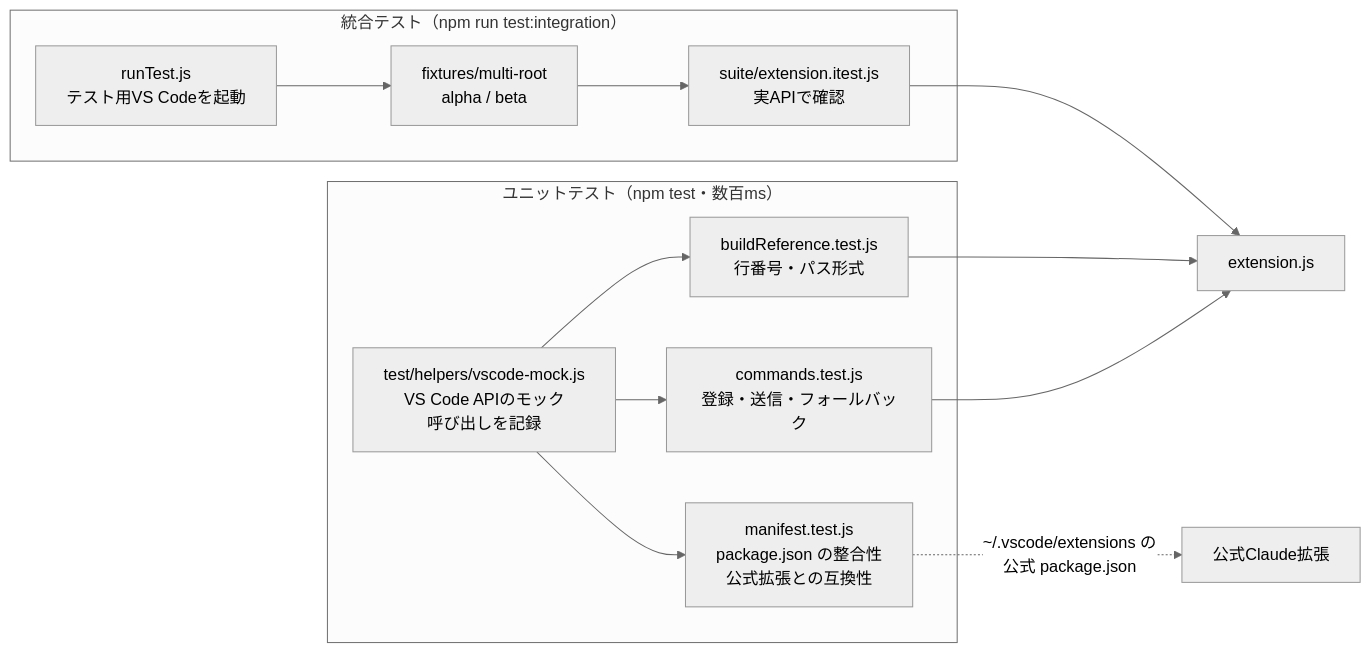
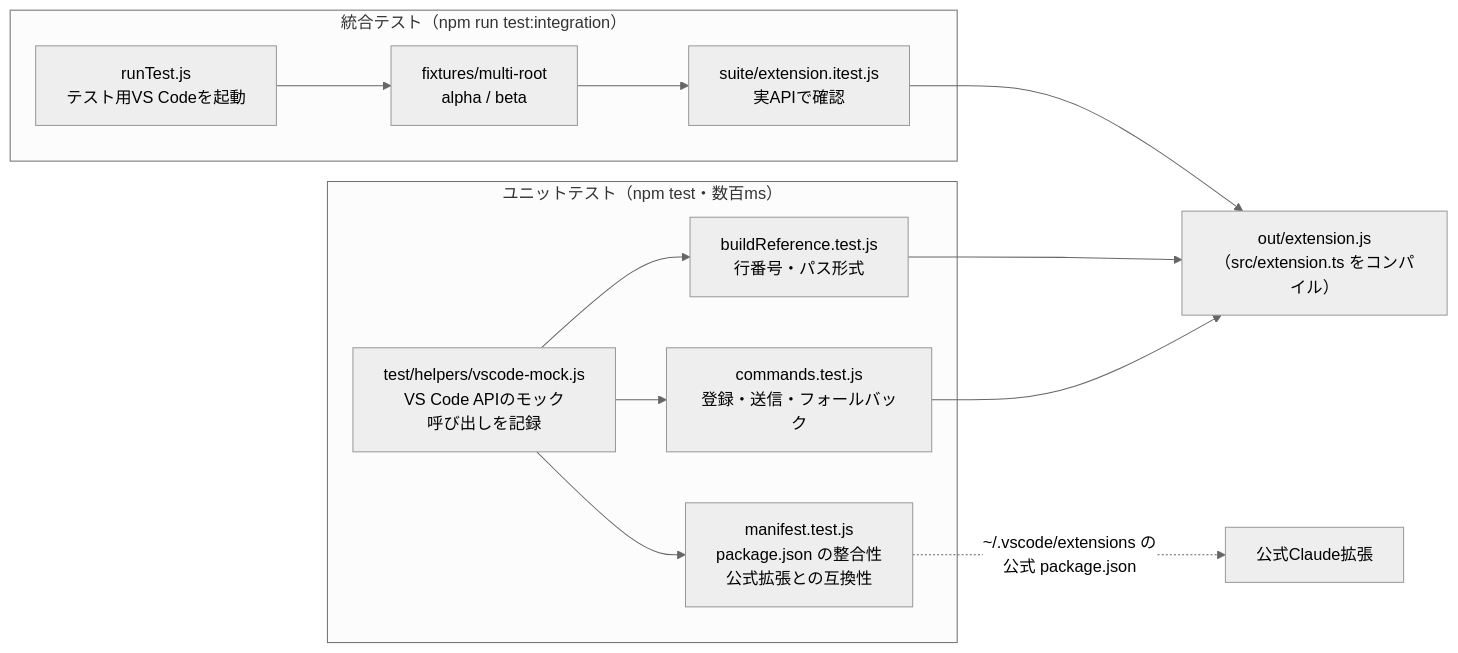
Before and after one commit to kip2/refs-to-chat: the sixth of 6 diagrams in docs/ARCHITECTURE.md, drawn with Mermaid (neutral theme). The commit also changed other lines of this file and 12 other files, not shown here.

````diff
--- a/docs/ARCHITECTURE.md
+++ b/docs/ARCHITECTURE.md
@@ -228,20 +236,20 @@
 ```mermaid
 flowchart LR
   subgraph Unit["ユニットテスト（npm test・数百ms）"]
     M["test/helpers/vscode-mock.js<br/>VS Code APIのモック<br/>呼び出しを記録"]
     U1["buildReference.test.js<br/>行番号・パス形式"]
     U2["commands.test.js<br/>登録・送信・フォールバック"]
     U3["manifest.test.js<br/>package.json の整合性<br/>公式拡張との互換性"]
     M --> U1 & U2 & U3
   end
   subgraph Int["統合テスト（npm run test:integration）"]
     R["runTest.js<br/>テスト用VS Codeを起動"]
     W["fixtures/multi-root<br/>alpha / beta"]
     I["suite/extension.itest.js<br/>実APIで確認"]
     R --> W --> I
   end
-  EXT["extension.js"]
+  EXT["out/extension.js<br/>（src/extension.ts をコンパイル）"]
   U1 & U2 --> EXT
   I --> EXT
   U3 -.->|~/.vscode/extensions の<br/>公式 package.json| CL["公式Claude拡張"]
 ```
````
